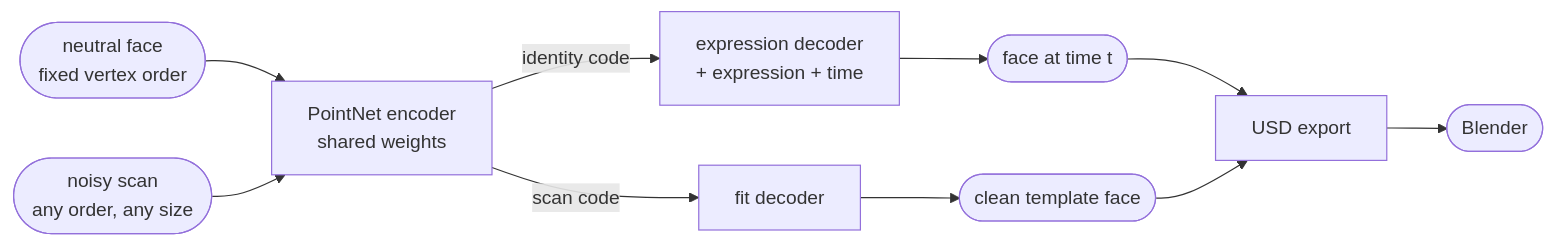
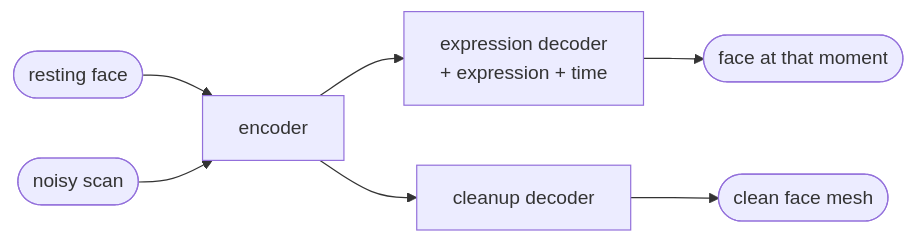
One commit to simar-s2/facemesh changed the diagram in README.md. Above: the diagram before and after it, drawn with Mermaid. The commit also changed other lines of this file, not shown here.

````diff
--- a/README.md
+++ b/README.md
@@ -74,12 +33,9 @@
 ```mermaid
 flowchart LR
-    neutral(["neutral face<br/>fixed vertex order"]) --> encoder["PointNet encoder<br/>shared weights"]
-    scan(["noisy scan<br/>any order, any size"]) --> encoder
-    encoder -->|"identity code"| expression["expression decoder<br/>+ expression + time"]
-    encoder -->|"scan code"| fit["fit decoder"]
-    expression --> animated(["face at time t"])
-    fit --> cleaned(["clean template face"])
-    animated --> usd["USD export"]
-    cleaned --> usd
-    usd --> blender(["Blender"])
+    face(["resting face"]) --> encoder["encoder"]
+    scan(["noisy scan"]) --> encoder
+    encoder --> animate["expression decoder<br/>+ expression + time"]
+    encoder --> clean["cleanup decoder"]
+    animate --> moving(["face at that moment"])
+    clean --> mesh(["clean face mesh"])
 ```
````
